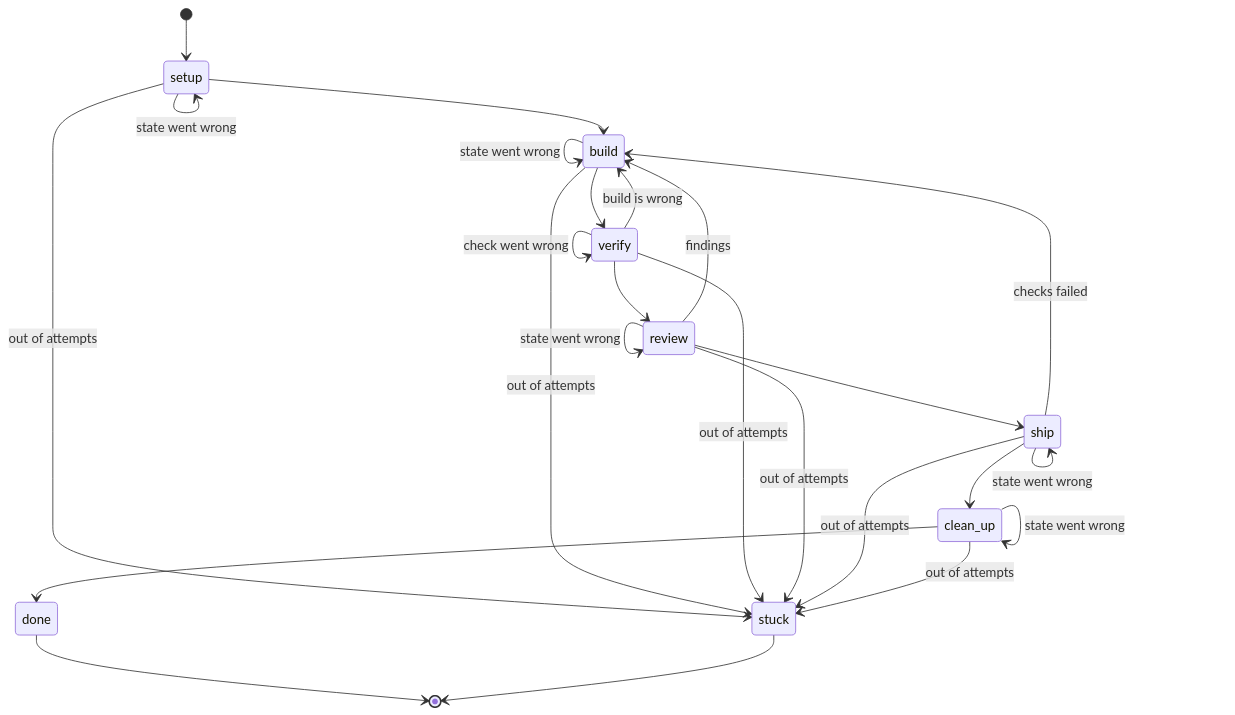
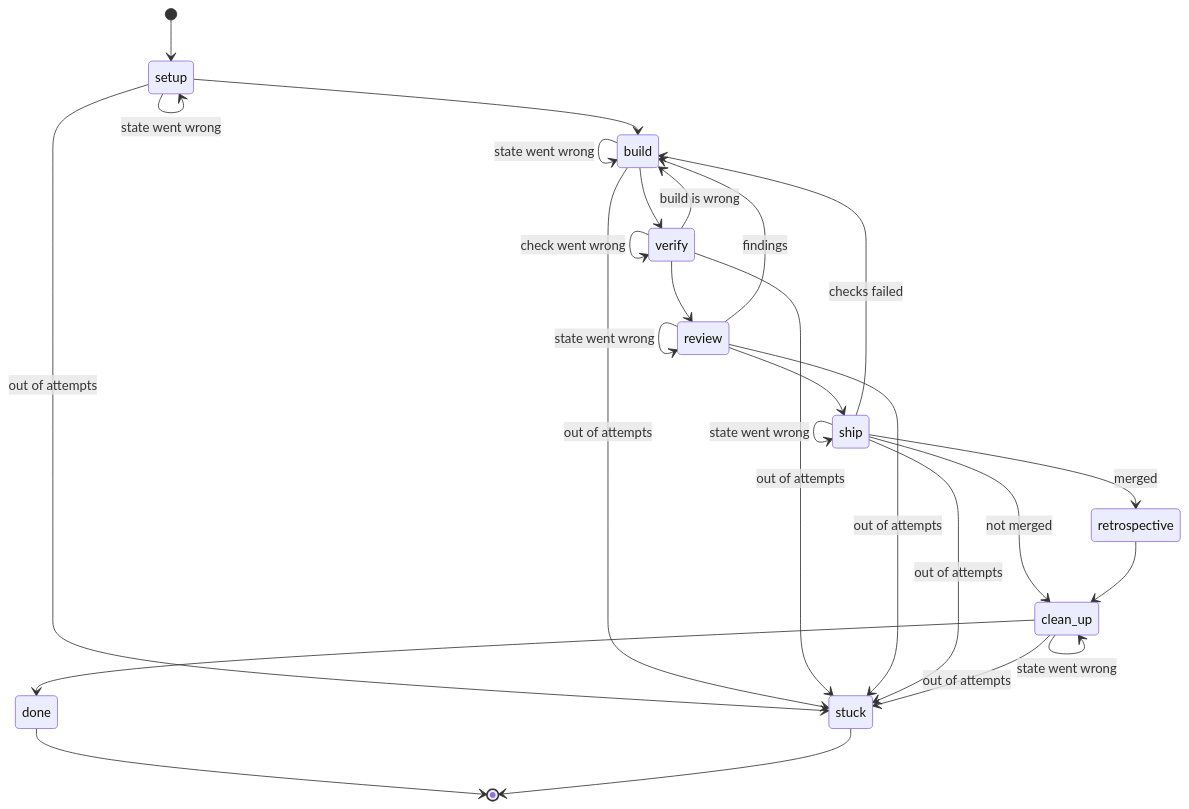
One commit to noahdgrant/nightshift changed the second of 2 diagrams in docs/STATES.md. Above: the diagram before and after it, drawn with Mermaid. The commit also changed other lines of this file and 14 other files, not shown here.

First line of the commit message:
feat(cli): a retrospective state after ship grades a merged unit on one rubric (#973)

````diff
--- a/docs/STATES.md
+++ b/docs/STATES.md
@@ -41,29 +41,31 @@
 ```mermaid
 stateDiagram
     [*] --> setup
     setup --> build
     build --> verify
     verify --> review
     review --> ship
-    ship --> clean_up
+    ship --> retrospective : merged
+    ship --> clean_up : not merged
+    retrospective --> clean_up
     clean_up --> done
     done --> [*]
 
     verify --> build : build is wrong
     review --> build : findings
     ship --> build : checks failed
     setup --> setup : state went wrong
     build --> build : state went wrong
     verify --> verify : check went wrong
     review --> review : state went wrong
     ship --> ship : state went wrong
     clean_up --> clean_up : state went wrong
 
     setup --> stuck : out of attempts
     build --> stuck : out of attempts
     verify --> stuck : out of attempts
     review --> stuck : out of attempts
     ship --> stuck : out of attempts
     clean_up --> stuck : out of attempts
     stuck --> [*]
 ```
````
